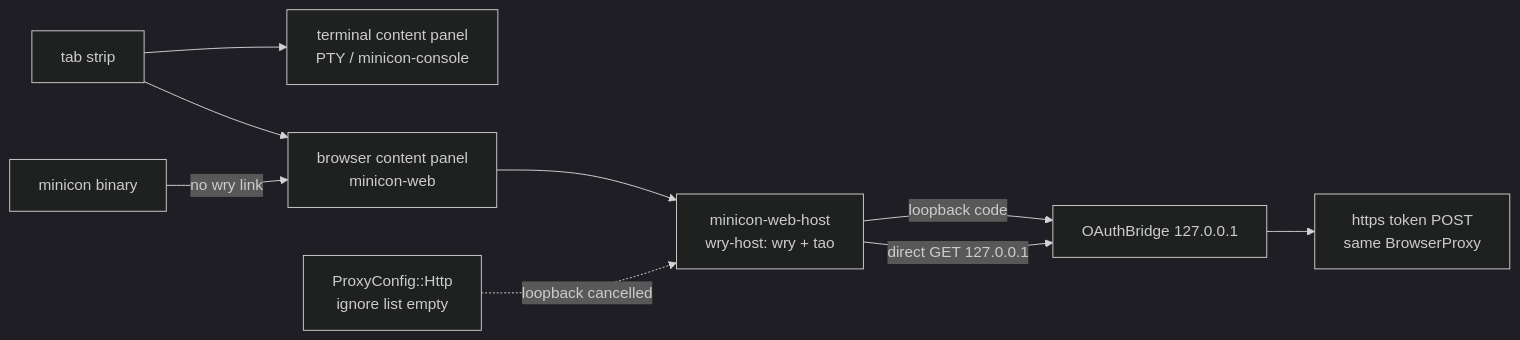
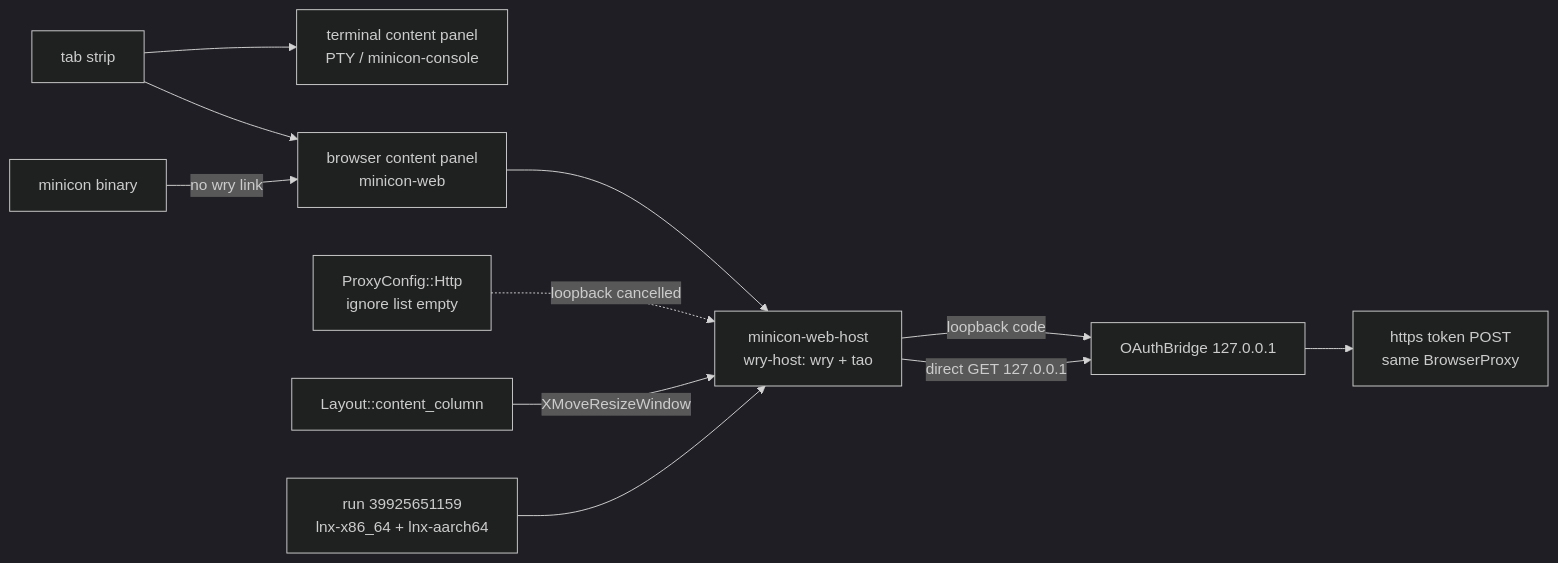
The second of 2 diagrams in plan/plan-v0.2.21.md (partnernetsoftware/minicon), drawn with Mermaid (dark theme) before and after one commit. The commit also changed other lines of this file and 4 other files, not shown here.

````diff
--- a/plan/plan-v0.2.21.md
+++ b/plan/plan-v0.2.21.md
@@ -148,11 +151,13 @@
 ```mermaid
 flowchart LR
     TAB["tab strip"] --> TERM["terminal content panel<br/>PTY / minicon-console"]
     TAB --> WEB["browser content panel<br/>minicon-web"]
     WEB --> HOST["minicon-web-host<br/>wry-host: wry + tao"]
     CORE["minicon binary"] -->|"no wry link"| WEB
     HOST -->|"loopback code"| BRIDGE["OAuthBridge 127.0.0.1"]
     BRIDGE --> POST["https token POST<br/>same BrowserProxy"]
     PROXY["ProxyConfig::Http<br/>ignore list empty"] -.->|"loopback cancelled"| HOST
     HOST -->|"direct GET 127.0.0.1"| BRIDGE
+    LAYOUT["Layout::content_column"] -->|"XMoveResizeWindow"| HOST
+    COURT["run 39925651159<br/>lnx-x86_64 + lnx-aarch64"] --> HOST
 ```
````
